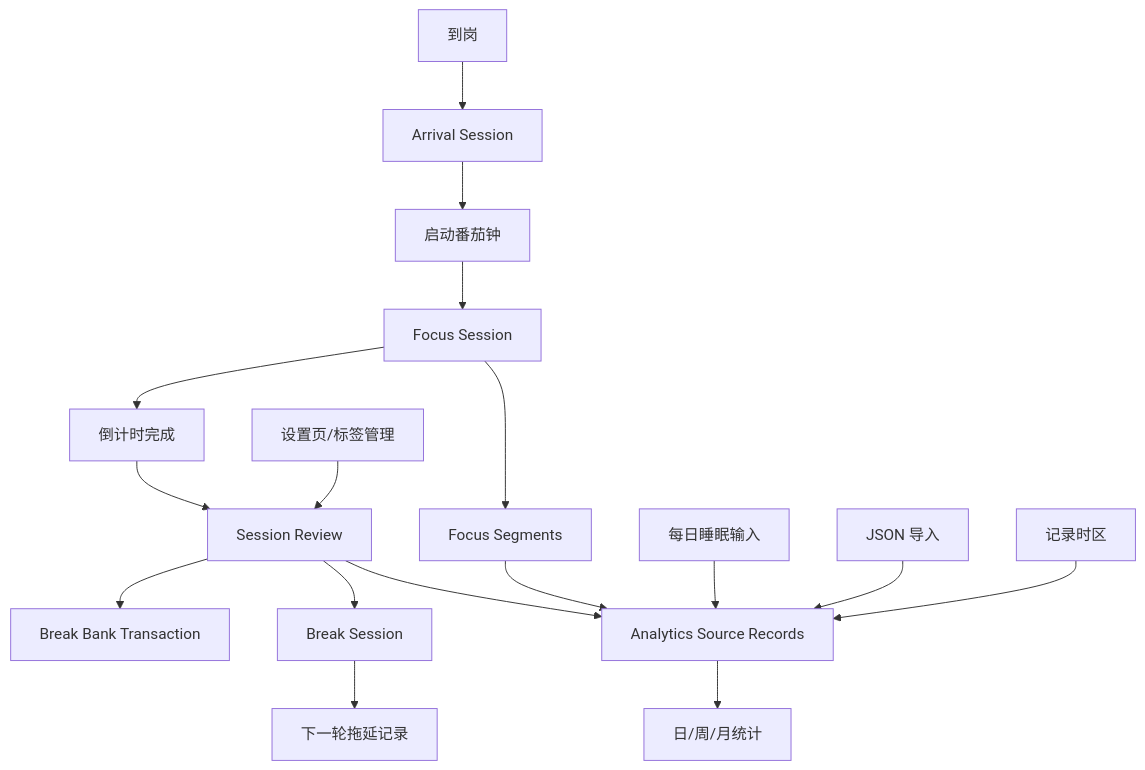
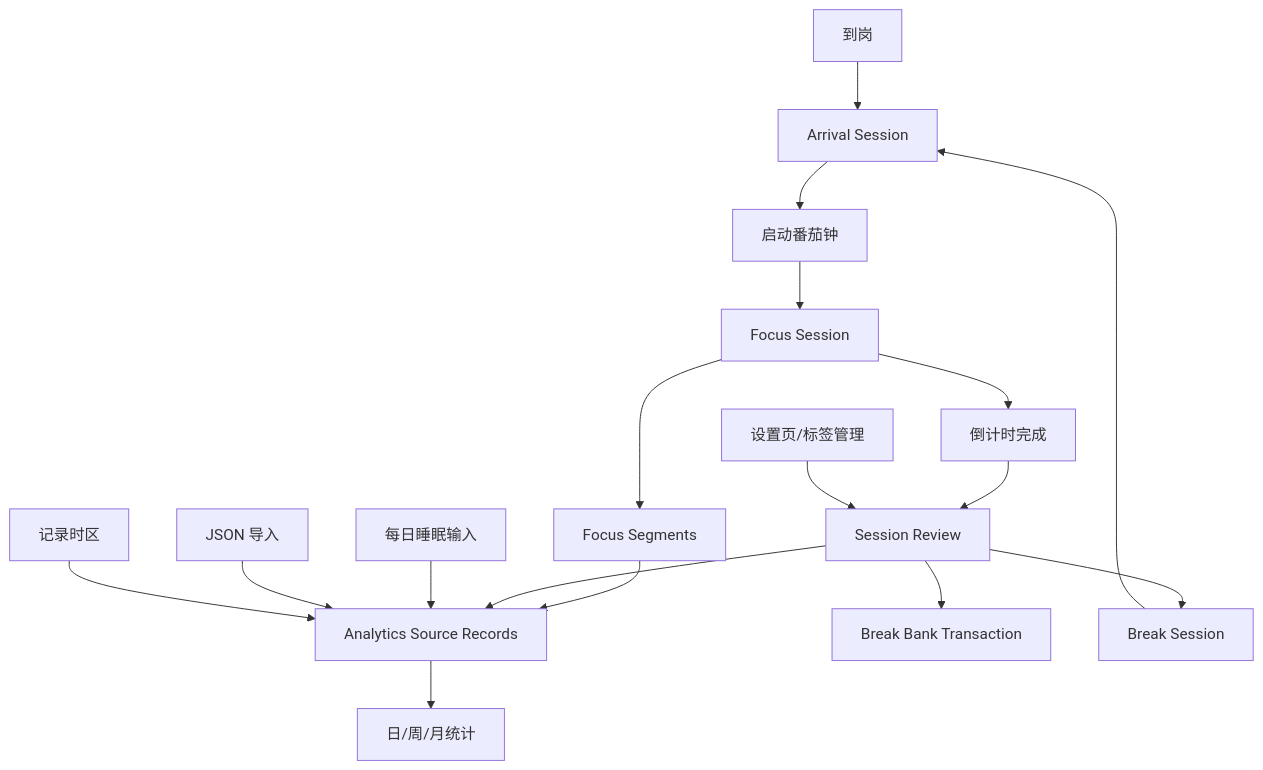
One commit to lapse-code/status-record changed the diagram in docs/module-map.md. Above: the diagram before and after it, drawn with Mermaid. The commit also changed other lines of this file and 17 other files, not shown here.

Commit message:
Protect focus status timeline rule

````diff
--- a/docs/module-map.md
+++ b/docs/module-map.md
@@ -73,19 +73,19 @@
 ```mermaid
 flowchart TD
   A["到岗"] --> B["Arrival Session"]
   B --> C["启动番茄钟"]
   C --> D["Focus Session"]
   D --> E["倒计时完成"]
   D --> S["Focus Segments"]
   S --> H
   E --> F["Session Review"]
   F --> G["Break Bank Transaction"]
   F --> L["Break Session"]
-  L --> M["下一轮拖延记录"]
+  L --> B
   F --> H["Analytics Source Records"]
   I["每日睡眠输入"] --> H
   J["设置页/标签管理"] --> F
   N["JSON 导入"] --> H
   O["记录时区"] --> H
   H --> K["日/周/月统计"]
 ```
````
